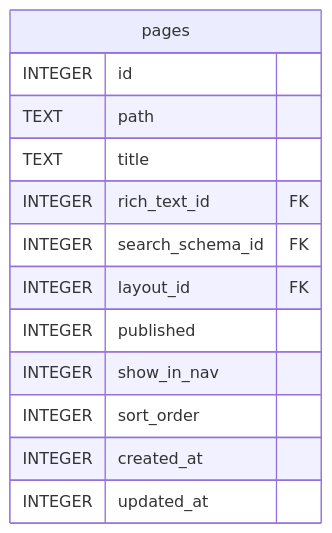
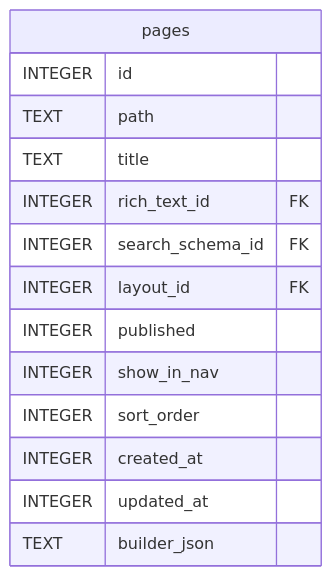
The diagram in content/docs/en/developers/plugins/pages/reference/schema.mmd (ktbhealth/docs), drawn with Mermaid before and after one commit. The commit also changed 13 other files, not shown here.

Commit message:
docs(erd): builder_json columns on pages and layouts

```diff
--- a/content/docs/en/developers/plugins/pages/reference/schema.mmd
+++ b/content/docs/en/developers/plugins/pages/reference/schema.mmd
@@ -1,16 +1,17 @@
 erDiagram
 
 
 "pages" {
   INTEGER id
   TEXT path
   TEXT title
   INTEGER rich_text_id FK
   INTEGER search_schema_id FK
   INTEGER layout_id FK
   INTEGER published
   INTEGER show_in_nav
   INTEGER sort_order
   INTEGER created_at
   INTEGER updated_at
+  TEXT builder_json
 }
```
